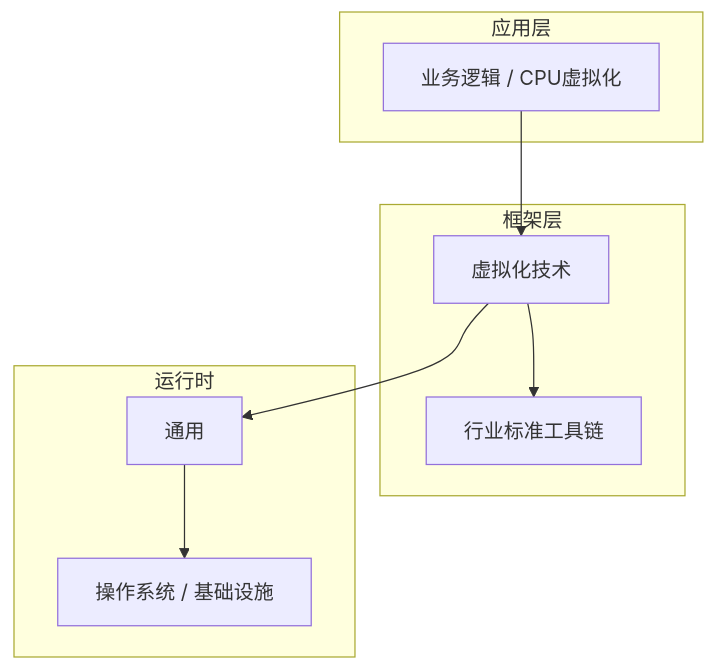
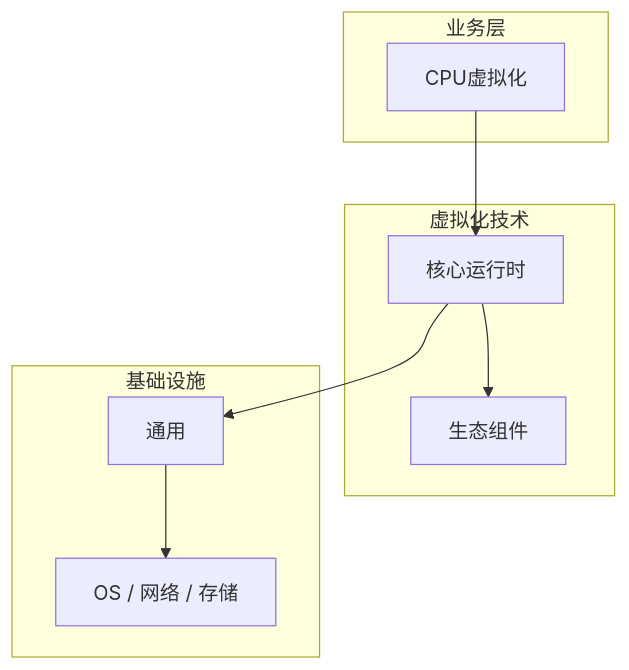
One commit to yanggan2015/knowledge-json-v2 changed the diagram in articles/虚拟化技术/chapters/009-CPU虚拟化核心概念与原理.md. Above: the diagram before and after it, drawn with Mermaid. The commit also changed other lines of this file and 10127 other files, not shown here.

````diff
--- a/articles/虚拟化技术/chapters/009-CPU虚拟化核心概念与原理.md
+++ b/articles/虚拟化技术/chapters/009-CPU虚拟化核心概念与原理.md
@@ -45,18 +34,18 @@
 ```mermaid
 graph TB
-    subgraph 应用层
-        A[业务逻辑 / CPU虚拟化]
+    subgraph 业务层
+        A[CPU虚拟化]
     end
-    subgraph 框架层
-        B[虚拟化技术]
-        C[行业标准工具链]
+    subgraph 虚拟化技术
+        B[核心运行时]
+        C[生态组件]
     end
-    subgraph 运行时
+    subgraph 基础设施
         D[通用]
-        E[操作系统 / 基础设施]
+        E[OS / 网络 / 存储]
     end
     A --> B
     B --> C
     B --> D
     D --> E
 ```
````
